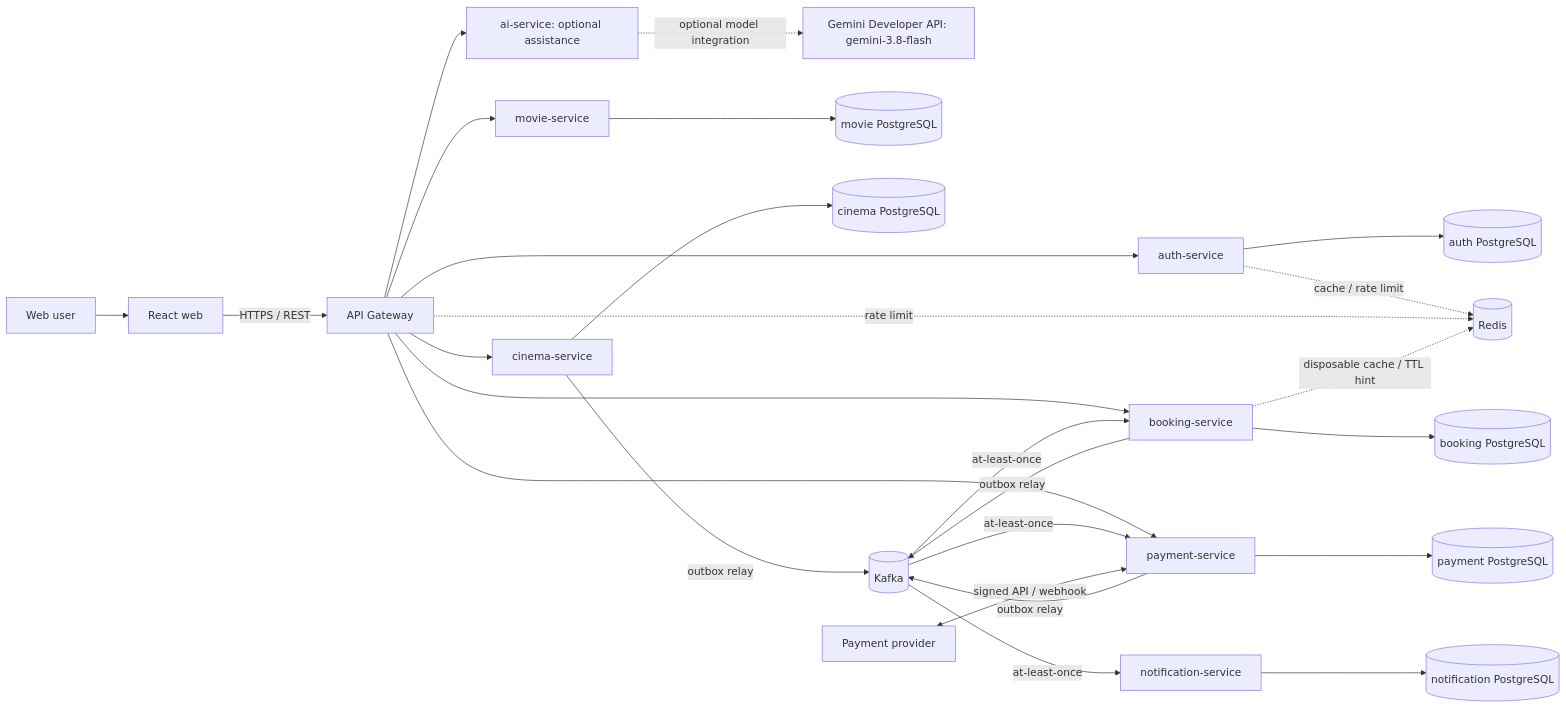
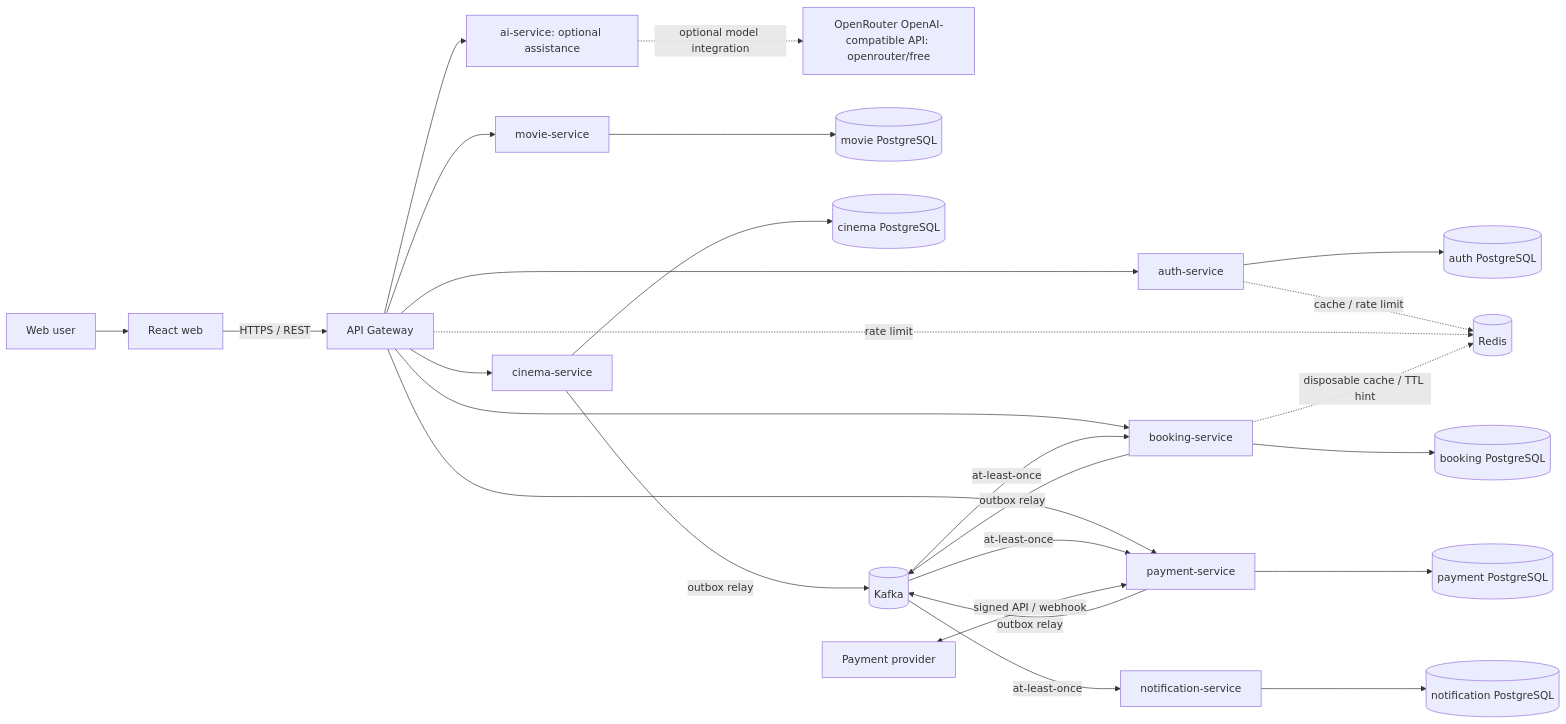
Before and after one commit to HoL0ngg/Movie-Booking-Platform: the diagram in docs/architecture.md, drawn with Mermaid. The commit also changed other lines of this file and 18 other files, not shown here.

````diff
--- a/docs/architecture.md
+++ b/docs/architecture.md
@@ -12,32 +12,32 @@
 ```mermaid
 flowchart LR
     User[Web user] --> Web[React web]
     Web -->|HTTPS / REST| Gateway[API Gateway]
 
     Gateway --> Auth[auth-service]
     Gateway --> Movie[movie-service]
     Gateway --> Cinema[cinema-service]
     Gateway --> Booking[booking-service]
     Gateway --> Payment[payment-service]
     Gateway --> AI[ai-service: optional assistance]
-    AI -. optional model integration .-> Gemini[Gemini Developer API: gemini-3.8-flash]
+    AI -. optional model integration .-> OpenRouter[OpenRouter OpenAI-compatible API: openrouter/free]
 
     Auth --> AuthDB[(auth PostgreSQL)]
     Movie --> MovieDB[(movie PostgreSQL)]
     Cinema --> CinemaDB[(cinema PostgreSQL)]
     Booking --> BookingDB[(booking PostgreSQL)]
     Payment --> PaymentDB[(payment PostgreSQL)]
     Notify[notification-service] --> NotifyDB[(notification PostgreSQL)]
 
     Cinema -->|outbox relay| Kafka[(Kafka)]
     Booking -->|outbox relay| Kafka
     Payment -->|outbox relay| Kafka
     Kafka -->|at-least-once| Booking
     Kafka -->|at-least-once| Payment
     Kafka -->|at-least-once| Notify
 
     Provider[Payment provider] <-->|signed API / webhook| Payment
     Auth -. cache / rate limit .-> Redis[(Redis)]
     Gateway -. rate limit .-> Redis
     Booking -. disposable cache / TTL hint .-> Redis
 ```
````
